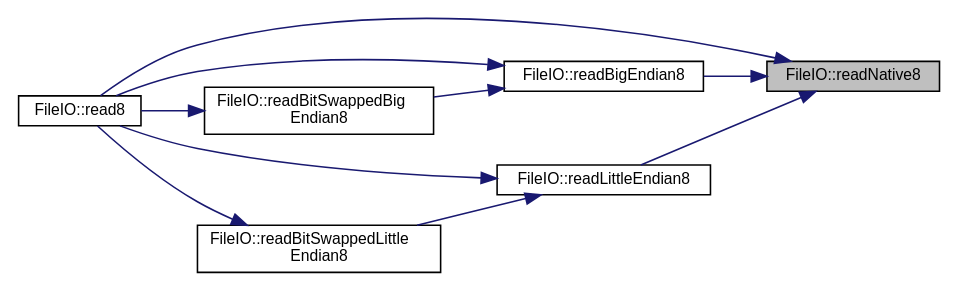
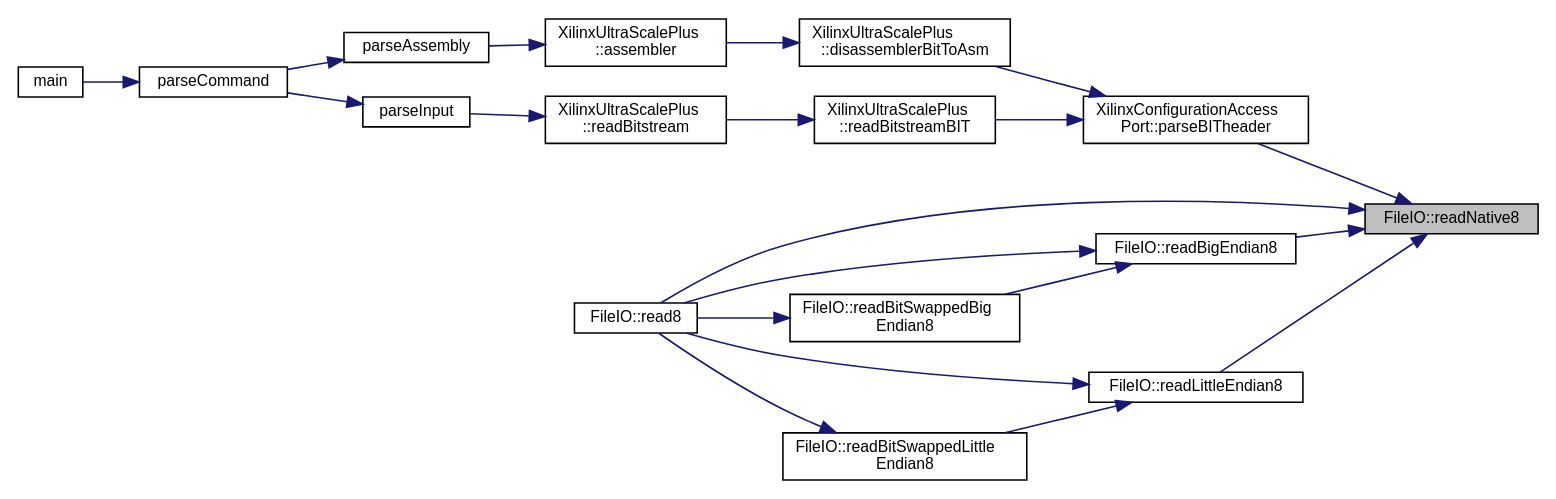
One commit to FPGA-Research-Manchester/byteman changed the diagram in namespaceFileIO_ae6d460c7fbb05e4104490c4ee18f7d84_icgraph.dot. Above: the diagram before and after it, drawn with Graphviz. The commit also changed 716 other files, not shown here.

```diff
--- a/namespaceFileIO_ae6d460c7fbb05e4104490c4ee18f7d84_icgraph.dot
+++ b/namespaceFileIO_ae6d460c7fbb05e4104490c4ee18f7d84_icgraph.dot
@@ -1,23 +1,42 @@
 digraph "FileIO::readNative8"
 {
  // INTERACTIVE_SVG=YES
  // LATEX_PDF_SIZE
   edge [fontname="Helvetica",fontsize="10",labelfontname="Helvetica",labelfontsize="10"];
   node [fontname="Helvetica",fontsize="10",shape=record];
   rankdir="RL";
   Node1 [label="FileIO::readNative8",height=0.2,width=0.4,color="black", fillcolor="grey75", style="filled", fontcolor="black",tooltip=" "];
   Node1 -> Node2 [dir="back",color="midnightblue",fontsize="10",style="solid",fontname="Helvetica"];
-  Node2 [label="FileIO::read8",height=0.2,width=0.4,color="black", fillcolor="white", style="filled",URL="$namespaceFileIO.html#aaac11848720874b2da9fc5a91f74b6a9",tooltip=" "];
-  Node1 -> Node3 [dir="back",color="midnightblue",fontsize="10",style="solid",fontname="Helvetica"];
-  Node3 [label="FileIO::readBigEndian8",height=0.2,width=0.4,color="black", fillcolor="white", style="filled",URL="$namespaceFileIO.html#a6b3ce5c5a9f4a1f51046bc42404b898b",tooltip=" "];
-  Node3 -> Node2 [dir="back",color="midnightblue",fontsize="10",style="solid",fontname="Helvetica"];
+  Node2 [label="XilinxConfigurationAccess\lPort::parseBITheader",height=0.2,width=0.4,color="black", fillcolor="white", style="filled",URL="$classXilinxConfigurationAccessPort.html#a0eb1cd9757987010e6879268ae412b4e",tooltip=" "];
+  Node2 -> Node3 [dir="back",color="midnightblue",fontsize="10",style="solid",fontname="Helvetica"];
+  Node3 [label="XilinxUltraScalePlus\l::disassemblerBitToAsm",height=0.2,width=0.4,color="black", fillcolor="white", style="filled",URL="$classXilinxUltraScalePlus.html#a54f9af4b6723a99c0b9e8e9c9b424d00",tooltip=" "];
   Node3 -> Node4 [dir="back",color="midnightblue",fontsize="10",style="solid",fontname="Helvetica"];
-  Node4 [label="FileIO::readBitSwappedBig\lEndian8",height=0.2,width=0.4,color="black", fillcolor="white", style="filled",URL="$namespaceFileIO.html#ae68c150a79b76ab8c535f3f1f0dc125f",tooltip=" "];
-  Node4 -> Node2 [dir="back",color="midnightblue",fontsize="10",style="solid",fontname="Helvetica"];
-  Node1 -> Node5 [dir="back",color="midnightblue",fontsize="10",style="solid",fontname="Helvetica"];
-  Node5 [label="FileIO::readLittleEndian8",height=0.2,width=0.4,color="black", fillcolor="white", style="filled",URL="$namespaceFileIO.html#ac6786d975cc8ef0a86fa8ee0c19697a9",tooltip=" "];
-  Node5 -> Node2 [dir="back",color="midnightblue",fontsize="10",style="solid",fontname="Helvetica"];
+  Node4 [label="XilinxUltraScalePlus\l::assembler",height=0.2,width=0.4,color="black", fillcolor="white", style="filled",URL="$classXilinxUltraScalePlus.html#a53e5f6ec962f1f2a961f90b8b9e90e10",tooltip=" "];
+  Node4 -> Node5 [dir="back",color="midnightblue",fontsize="10",style="solid",fontname="Helvetica"];
+  Node5 [label="parseAssembly",height=0.2,width=0.4,color="black", fillcolor="white", style="filled",URL="$byteman_8cpp.html#abdebe35e6ba3749eaa14350ca0942419",tooltip=" "];
   Node5 -> Node6 [dir="back",color="midnightblue",fontsize="10",style="solid",fontname="Helvetica"];
-  Node6 [label="FileIO::readBitSwappedLittle\lEndian8",height=0.2,width=0.4,color="black", fillcolor="white", style="filled",URL="$namespaceFileIO.html#a8484befba94b86c1db9ac06c6983572b",tooltip=" "];
-  Node6 -> Node2 [dir="back",color="midnightblue",fontsize="10",style="solid",fontname="Helvetica"];
+  Node6 [label="parseCommand",height=0.2,width=0.4,color="black", fillcolor="white", style="filled",URL="$byteman_8cpp.html#a913ad3944130fafece24fe460db9b6aa",tooltip=" "];
+  Node6 -> Node7 [dir="back",color="midnightblue",fontsize="10",style="solid",fontname="Helvetica"];
+  Node7 [label="main",height=0.2,width=0.4,color="black", fillcolor="white", style="filled",URL="$byteman_8cpp.html#a0ddf1224851353fc92bfbff6f499fa97",tooltip=" "];
+  Node2 -> Node8 [dir="back",color="midnightblue",fontsize="10",style="solid",fontname="Helvetica"];
+  Node8 [label="XilinxUltraScalePlus\l::readBitstreamBIT",height=0.2,width=0.4,color="black", fillcolor="white", style="filled",URL="$classXilinxUltraScalePlus.html#a62dea738808396d7d520f26d8e5594d2",tooltip=" "];
+  Node8 -> Node9 [dir="back",color="midnightblue",fontsize="10",style="solid",fontname="Helvetica"];
+  Node9 [label="XilinxUltraScalePlus\l::readBitstream",height=0.2,width=0.4,color="black", fillcolor="white", style="filled",URL="$classXilinxUltraScalePlus.html#a0e5d08a2e5c37a29a1a04d50b48739d2",tooltip=" "];
+  Node9 -> Node10 [dir="back",color="midnightblue",fontsize="10",style="solid",fontname="Helvetica"];
+  Node10 [label="parseInput",height=0.2,width=0.4,color="black", fillcolor="white", style="filled",URL="$byteman_8cpp.html#a4dbd88e4909b2f0429f9d0b2fc2608bb",tooltip=" "];
+  Node10 -> Node6 [dir="back",color="midnightblue",fontsize="10",style="solid",fontname="Helvetica"];
+  Node1 -> Node11 [dir="back",color="midnightblue",fontsize="10",style="solid",fontname="Helvetica"];
+  Node11 [label="FileIO::read8",height=0.2,width=0.4,color="black", fillcolor="white", style="filled",URL="$namespaceFileIO.html#aaac11848720874b2da9fc5a91f74b6a9",tooltip=" "];
+  Node1 -> Node12 [dir="back",color="midnightblue",fontsize="10",style="solid",fontname="Helvetica"];
+  Node12 [label="FileIO::readBigEndian8",height=0.2,width=0.4,color="black", fillcolor="white", style="filled",URL="$namespaceFileIO.html#a6b3ce5c5a9f4a1f51046bc42404b898b",tooltip=" "];
+  Node12 -> Node11 [dir="back",color="midnightblue",fontsize="10",style="solid",fontname="Helvetica"];
+  Node12 -> Node13 [dir="back",color="midnightblue",fontsize="10",style="solid",fontname="Helvetica"];
+  Node13 [label="FileIO::readBitSwappedBig\lEndian8",height=0.2,width=0.4,color="black", fillcolor="white", style="filled",URL="$namespaceFileIO.html#ae68c150a79b76ab8c535f3f1f0dc125f",tooltip=" "];
+  Node13 -> Node11 [dir="back",color="midnightblue",fontsize="10",style="solid",fontname="Helvetica"];
+  Node1 -> Node14 [dir="back",color="midnightblue",fontsize="10",style="solid",fontname="Helvetica"];
+  Node14 [label="FileIO::readLittleEndian8",height=0.2,width=0.4,color="black", fillcolor="white", style="filled",URL="$namespaceFileIO.html#ac6786d975cc8ef0a86fa8ee0c19697a9",tooltip=" "];
+  Node14 -> Node11 [dir="back",color="midnightblue",fontsize="10",style="solid",fontname="Helvetica"];
+  Node14 -> Node15 [dir="back",color="midnightblue",fontsize="10",style="solid",fontname="Helvetica"];
+  Node15 [label="FileIO::readBitSwappedLittle\lEndian8",height=0.2,width=0.4,color="black", fillcolor="white", style="filled",URL="$namespaceFileIO.html#a8484befba94b86c1db9ac06c6983572b",tooltip=" "];
+  Node15 -> Node11 [dir="back",color="midnightblue",fontsize="10",style="solid",fontname="Helvetica"];
 }
```
